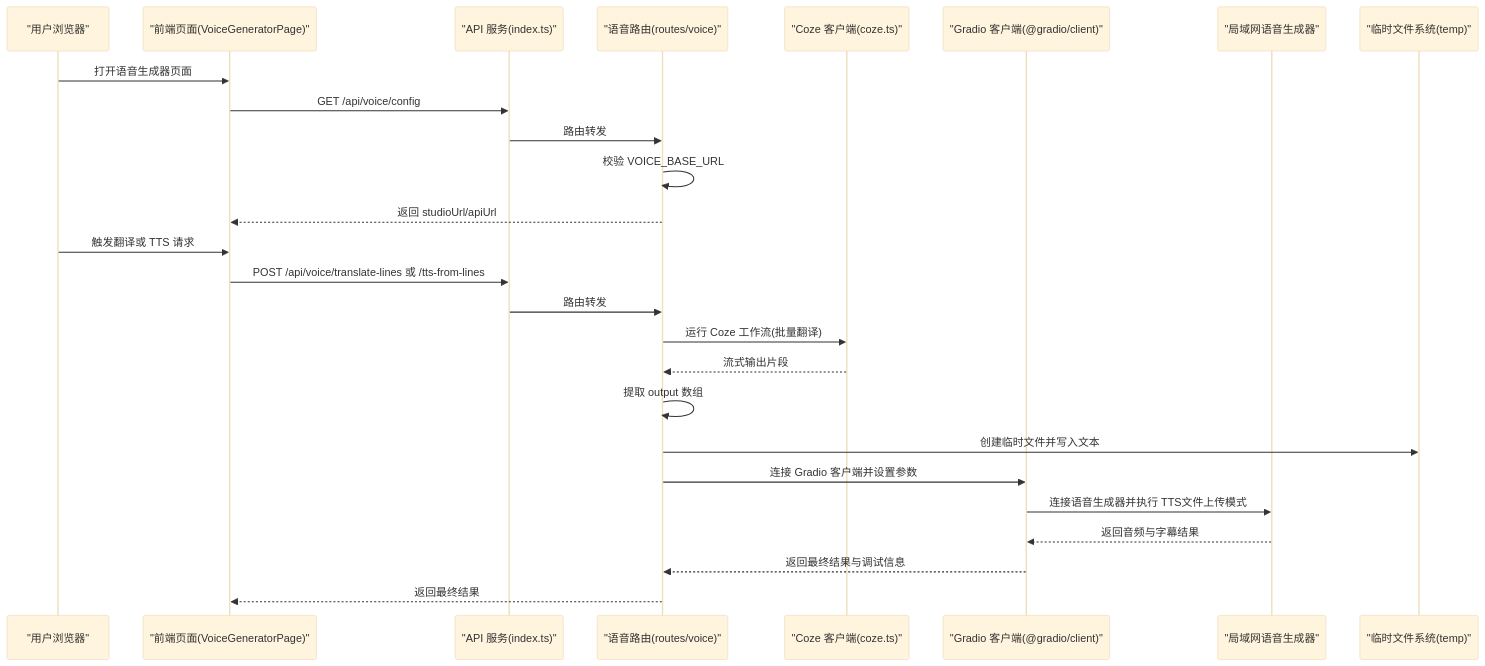
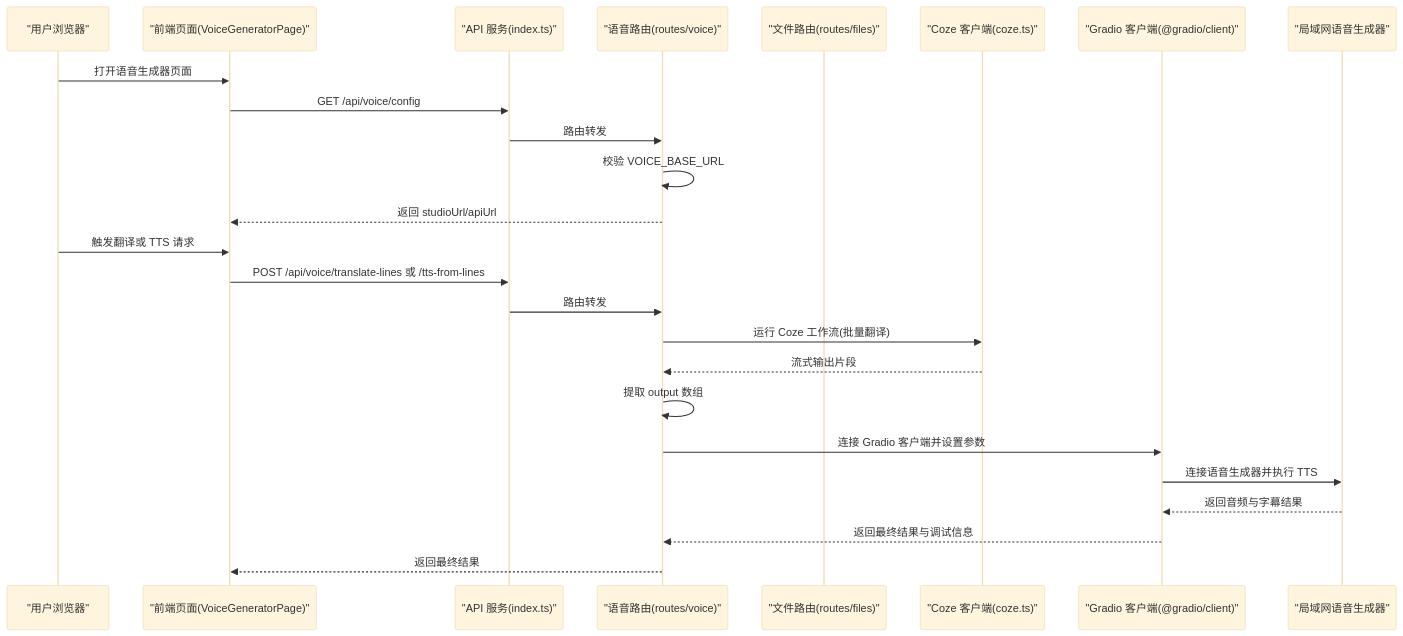
One commit to hanksd769-droid/sailshub changed the second of 4 diagrams in .qoder/repowiki/zh/content/语音生成系统.md. Above: the diagram before and after it, drawn with Mermaid (base theme). The commit also changed other lines of this file and 5 other files, not shown here.

````diff
--- a/.qoder/repowiki/zh/content/语音生成系统.md
+++ b/.qoder/repowiki/zh/content/语音生成系统.md
@@ -139,28 +146,27 @@
 ```mermaid
 sequenceDiagram
 participant U as "用户浏览器"
 participant W as "前端页面(VoiceGeneratorPage)"
 participant A as "API 服务(index.ts)"
 participant V as "语音路由(routes/voice)"
+participant F as "文件路由(routes/files)"
 participant C as "Coze 客户端(coze.ts)"
 participant G as "Gradio 客户端(@gradio/client)"
 participant S as "局域网语音生成器"
-participant T as "临时文件系统(temp)"
 U->>W : 打开语音生成器页面
 W->>A : GET /api/voice/config
 A->>V : 路由转发
 V->>V : 校验 VOICE_BASE_URL
 V-->>W : 返回 studioUrl/apiUrl
 U->>W : 触发翻译或 TTS 请求
 W->>A : POST /api/voice/translate-lines 或 /tts-from-lines
 A->>V : 路由转发
 V->>C : 运行 Coze 工作流(批量翻译)
 C-->>V : 流式输出片段
 V->>V : 提取 output 数组
-V->>T : 创建临时文件并写入文本
 V->>G : 连接 Gradio 客户端并设置参数
-G->>S : 连接语音生成器并执行 TTS文件上传模式
+G->>S : 连接语音生成器并执行 TTS
 S-->>G : 返回音频与字幕结果
 G-->>V : 返回最终结果与调试信息
 V-->>W : 返回最终结果
 ```
````
